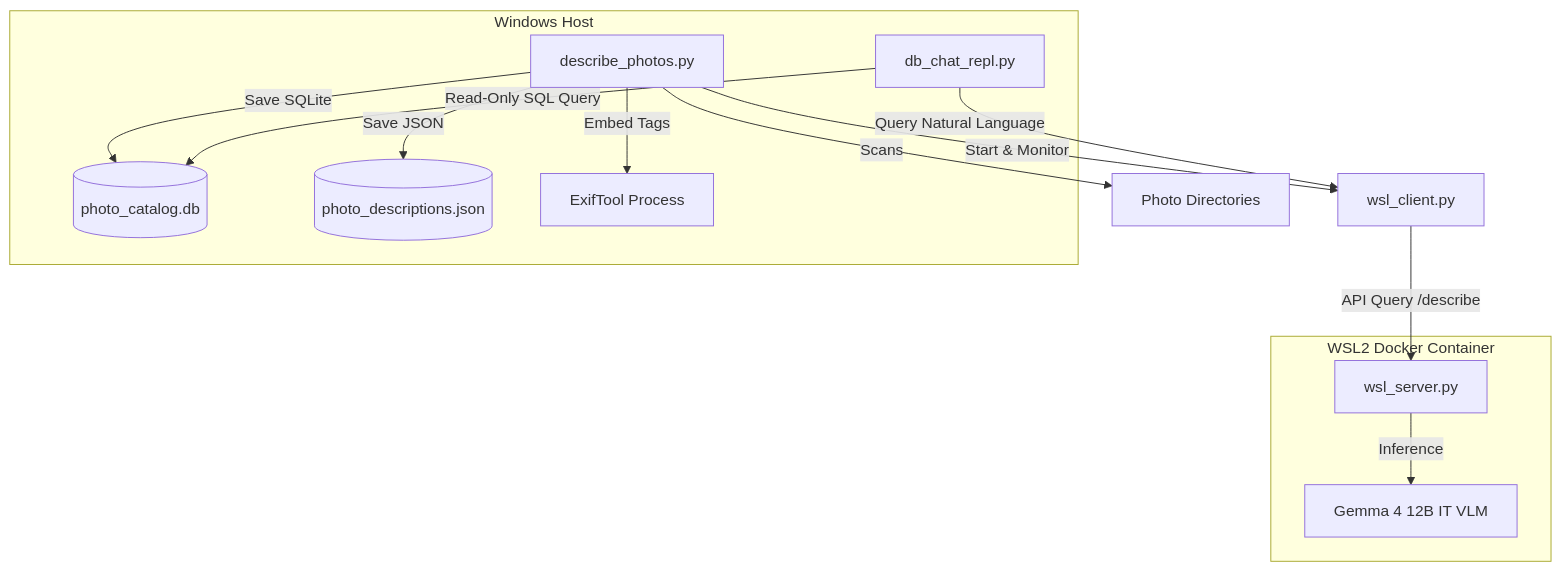
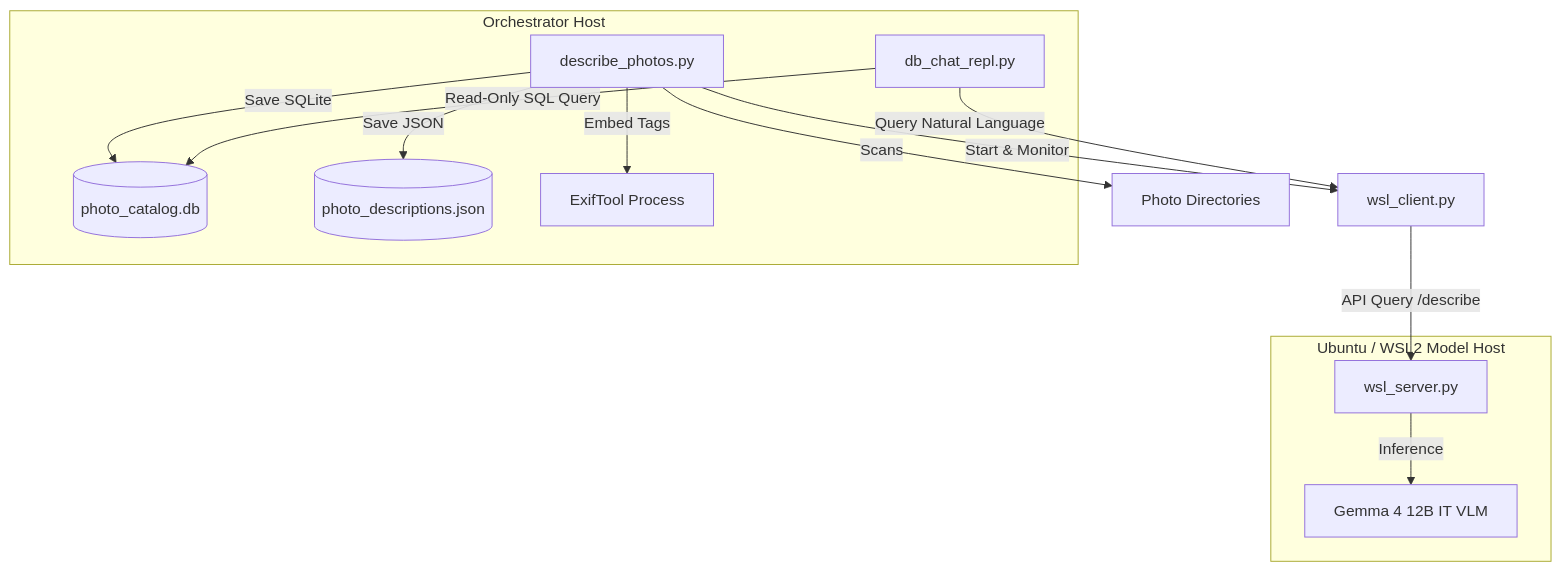
Before and after one commit to smichalove/Private-Gemma-Photo-Cataloger: the diagram in agents.md, drawn with Mermaid. The commit also changed other lines of this file and 3 other files, not shown here.

Commit message:
Support native Ubuntu model hosting, deprecate WSL/Docker, and update documentation/release notes

````diff
--- a/agents.md
+++ b/agents.md
@@ -136,25 +143,25 @@
 ```mermaid
 graph TD
-    subgraph Windows Host
+    subgraph Orchestrator Host
         Orch[describe_photos.py]
         SQLite[(photo_catalog.db)]
         JSON[(photo_descriptions.json)]
         ExifTool[ExifTool Process]
         REPL[db_chat_repl.py]
     end
 
-    subgraph WSL2 Docker Container
+    subgraph Ubuntu / WSL2 Model Host
         FastAPI[wsl_server.py]
         Model[Gemma 4 12B IT VLM]
     end
 
     Orch -->|Scans| Dir[Photo Directories]
     Orch -->|Start & Monitor| Client[wsl_client.py]
     Client -->|API Query /describe| FastAPI
     FastAPI -->|Inference| Model
     Orch -->|Save JSON| JSON
     Orch -->|Save SQLite| SQLite
     Orch -->|Embed Tags| ExifTool
     REPL -->|Read-Only SQL Query| SQLite
     REPL -->|Query Natural Language| Client
 ```
````
